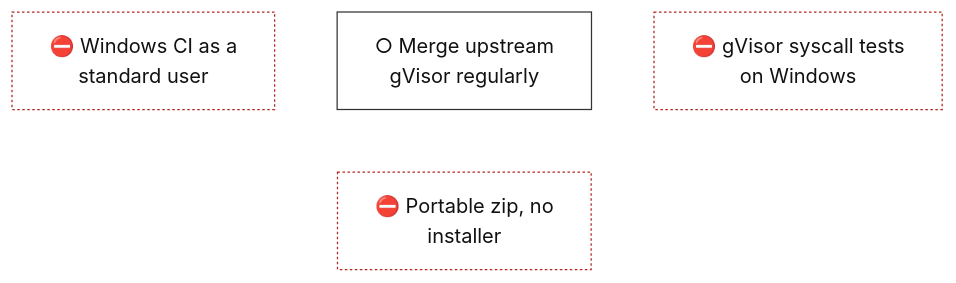
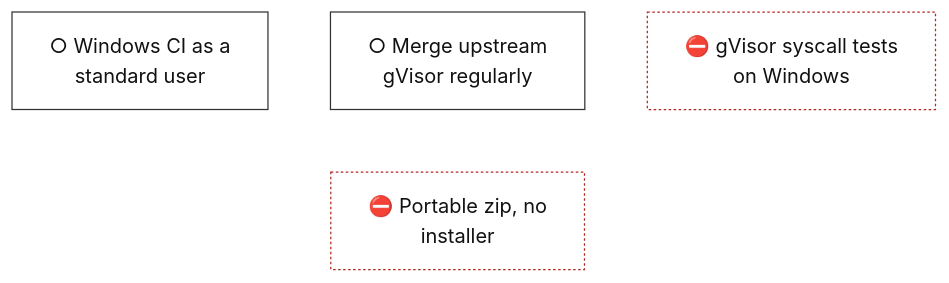
One commit to lhns/gvisor-windows changed the diagram in docs/roadmap/tracks/ops.md. Above: the diagram before and after it, drawn with Mermaid. The commit also changed other lines of this file and 14 other files, not shown here.

````diff
--- a/docs/roadmap/tracks/ops.md
+++ b/docs/roadmap/tracks/ops.md
@@ -10,26 +10,26 @@
 ```mermaid
 flowchart TB
-    ops_windows_ci_standard_user["⛔ Windows CI as a<br/>standard user"]
+    ops_windows_ci_standard_user["○ Windows CI as a<br/>standard user"]
     ops_upstream_merges["○ Merge upstream<br/>gVisor regularly"]
     ops_syscall_tests_on_windows["⛔ gVisor syscall tests<br/>on Windows"]
     ops_portable_packaging["⛔ Portable zip, no<br/>installer"]
     ops_windows_ci_standard_user ~~~ ops_portable_packaging
     ops_upstream_merges ~~~ ops_portable_packaging
     ops_syscall_tests_on_windows ~~~ ops_portable_packaging
     classDef vsucc fill:#2e9e4f,stroke:#1b6b34,color:#fff
     classDef succ fill:#bfe8c8,stroke:#2e9e4f,color:#111
     classDef mixed fill:#ffd37a,stroke:#c98a00,color:#111
     classDef bad fill:#f28b82,stroke:#b3261e,color:#111
     classDef dead fill:#e6e6e6,stroke:#777,stroke-dasharray:5 5,color:#555
     classDef inprog fill:#a8cdf5,stroke:#1f6fc5,color:#111
     classDef next fill:#fff,stroke:#333,color:#111
     classDef blocked fill:#fff,stroke:#b3261e,stroke-dasharray:2 2,color:#111
     classDef parked fill:#f3f3f3,stroke:#999,color:#555
     classDef unrated fill:#fff,stroke:#333,stroke-dasharray:1 3,color:#111
     classDef gate fill:#d9c2f0,stroke:#7b3fb5,color:#111
     classDef decided fill:#ece0f7,stroke:#7b3fb5,stroke-dasharray:2 2,color:#111
     classDef finding fill:#ffe0b2,stroke:#d84315,stroke-width:2px,color:#111
     classDef waiting fill:#e3f2fd,stroke:#1f6fc5,stroke-dasharray:5 5,color:#111
-    class ops_windows_ci_standard_user,ops_syscall_tests_on_windows,ops_portable_packaging blocked
-    class ops_upstream_merges next
+    class ops_windows_ci_standard_user,ops_upstream_merges next
+    class ops_syscall_tests_on_windows,ops_portable_packaging blocked
 ```
````
